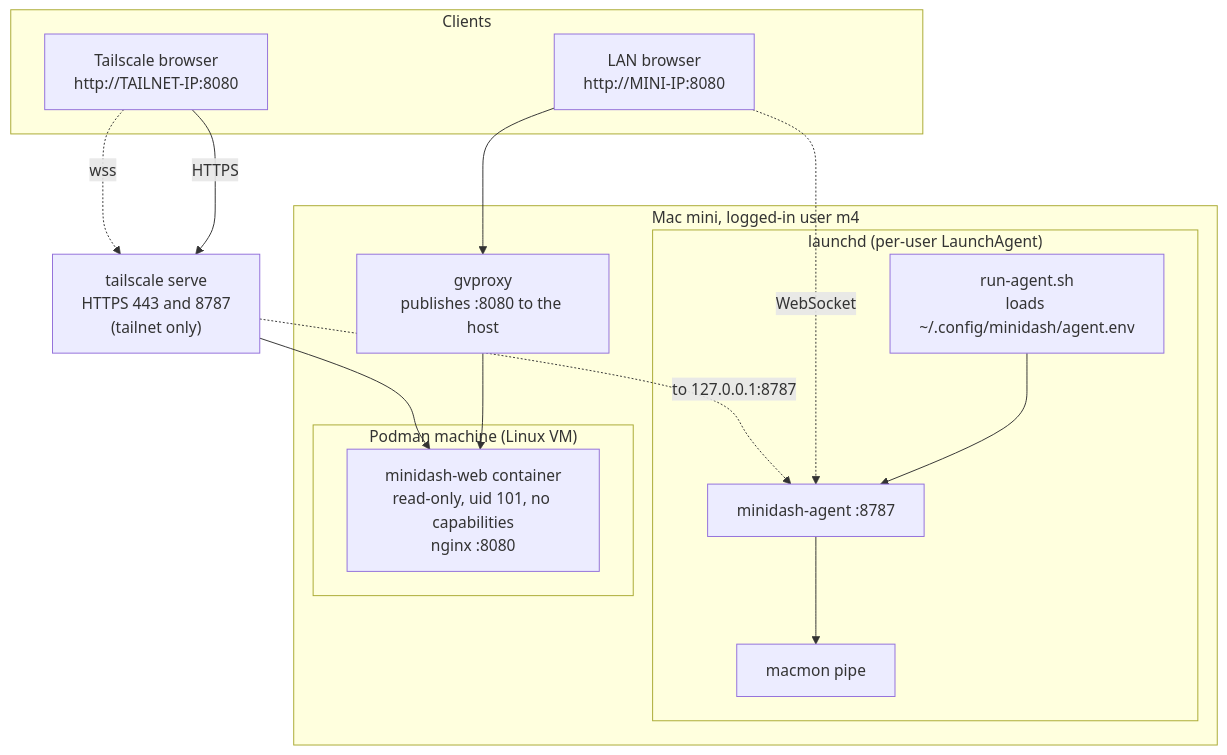
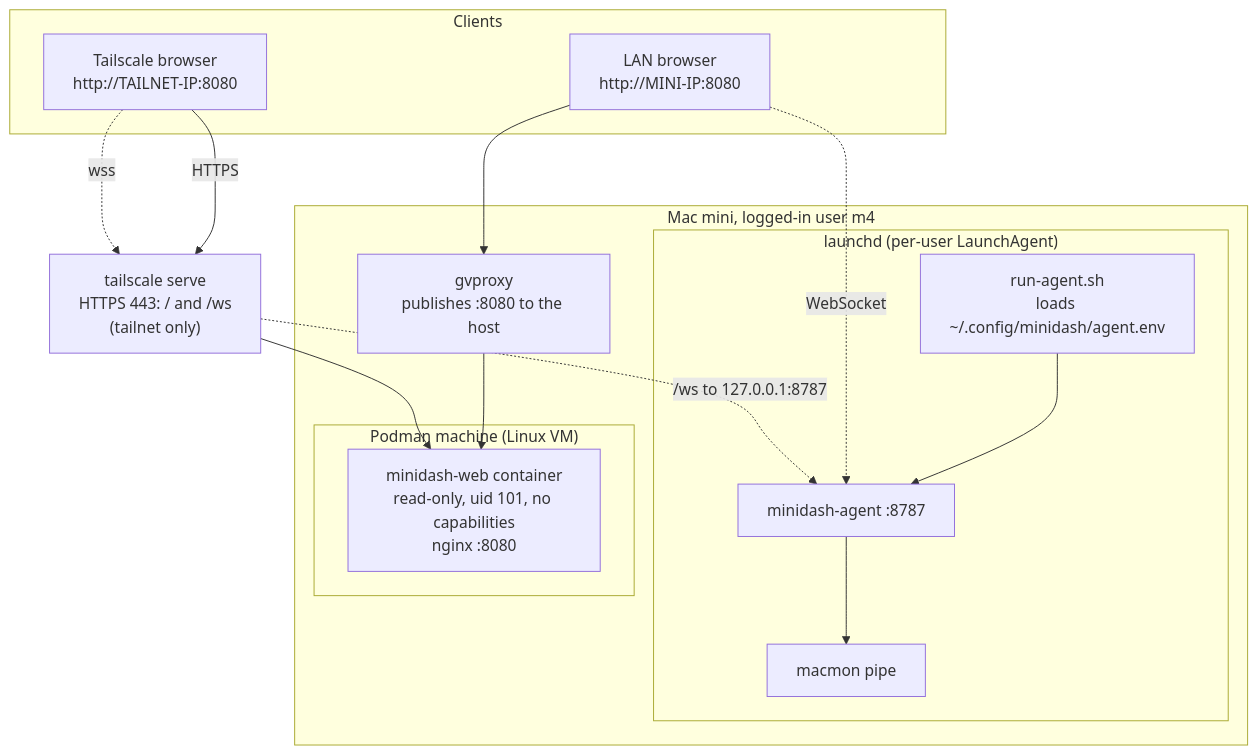
The fifth of 7 diagrams in docs/architecture.md (devdaviddr/minidash), drawn with Mermaid before and after one commit. The commit also changed 10 other files, not shown here.

First line of the commit message:
fix(deploy): serve the HTTPS stream at /ws on 443, not on the agent port

````diff
--- a/docs/architecture.md
+++ b/docs/architecture.md
@@ -129,28 +129,28 @@
 ```mermaid
 flowchart TB
   subgraph clients["Clients"]
     lan["LAN browser<br/>http://MINI-IP:8080"]
     ts["Tailscale browser<br/>http://TAILNET-IP:8080"]
   end
 
   subgraph mini["Mac mini, logged-in user m4"]
     subgraph launchd["launchd (per-user LaunchAgent)"]
       run["run-agent.sh<br/>loads ~/.config/minidash/agent.env"] --> ag["minidash-agent :8787"]
       ag --> mm["macmon pipe"]
     end
     subgraph vm["Podman machine (Linux VM)"]
       ct["minidash-web container<br/>read-only, uid 101, no capabilities<br/>nginx :8080"]
     end
     gv["gvproxy<br/>publishes :8080 to the host"]
   end
 
-  tsh["tailscale serve<br/>HTTPS 443 and 8787<br/>(tailnet only)"]
+  tsh["tailscale serve<br/>HTTPS 443: / and /ws<br/>(tailnet only)"]
 
   lan --> gv
   gv --> ct
   lan -. "WebSocket" .-> ag
   ts -- "HTTPS" --> tsh
   tsh --> ct
   ts -. "wss" .-> tsh
-  tsh -. "to 127.0.0.1:8787" .-> ag
+  tsh -. "/ws to 127.0.0.1:8787" .-> ag
 ```
````
